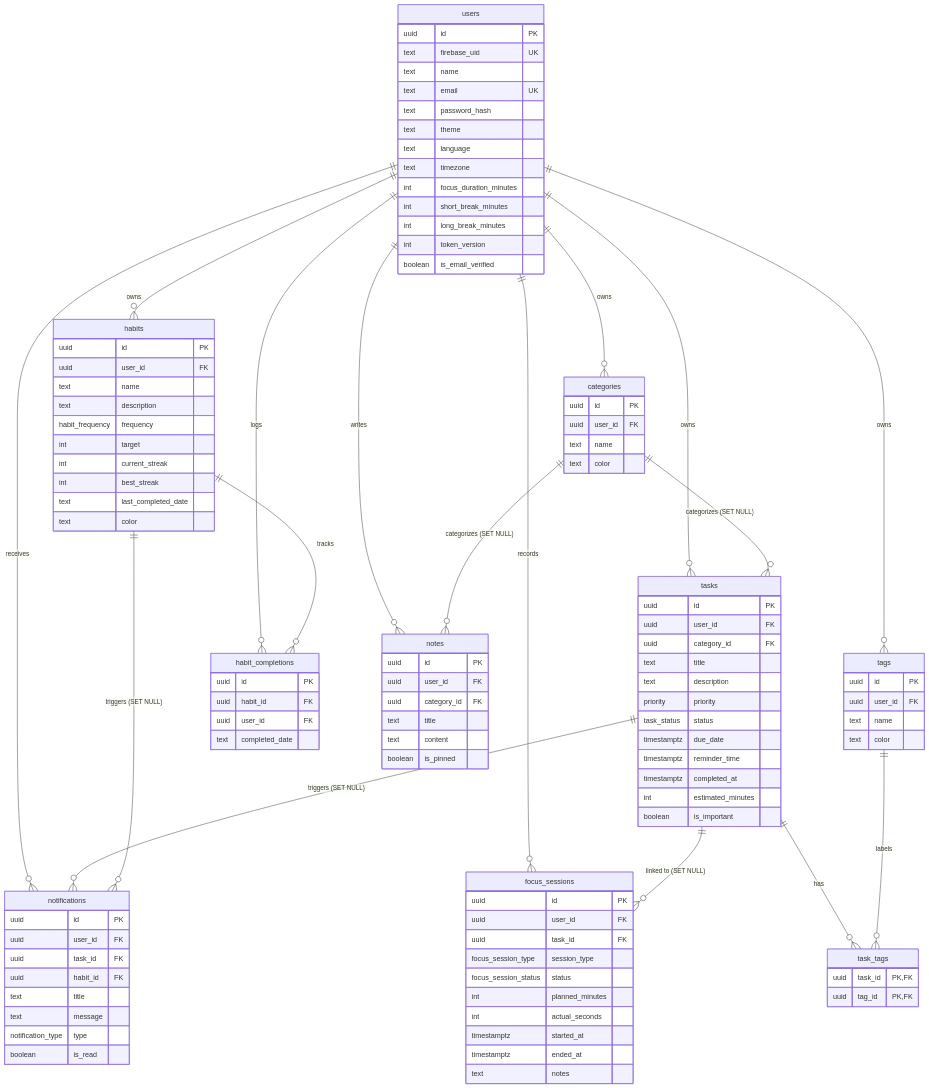
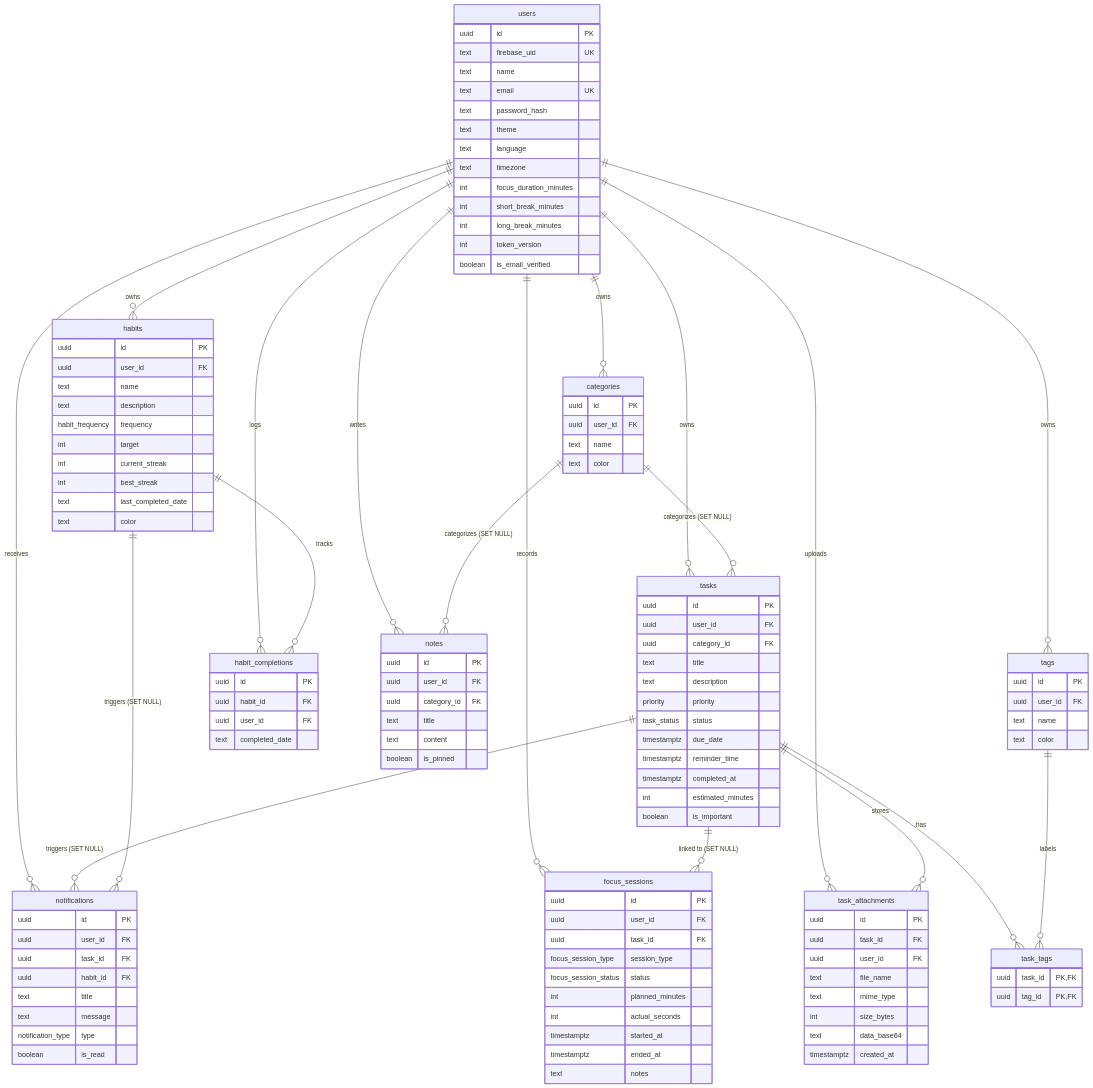
The diagram in docs/api-and-data.md (Yashcodes124/FocusFlow), drawn with Mermaid before and after one commit. The commit also changed other lines of this file and 21 other files, not shown here.

First line of the commit message:
feat: add task attachments and global shortcuts

```diff
--- a/docs/api-and-data.md
+++ b/docs/api-and-data.md
@@ -11,6 +11,7 @@
   users ||--o{ categories : owns
   users ||--o{ tags : owns
   users ||--o{ tasks : owns
+  users ||--o{ task_attachments : uploads
   users ||--o{ habits : owns
   users ||--o{ habit_completions : logs
   users ||--o{ focus_sessions : records
@@ -20,6 +21,7 @@
   categories ||--o{ tasks : "categorizes (SET NULL)"
   categories ||--o{ notes : "categorizes (SET NULL)"
   tasks ||--o{ task_tags : has
+  tasks ||--o{ task_attachments : stores
   tags ||--o{ task_tags : labels
   tasks ||--o{ focus_sessions : "linked to (SET NULL)"
   tasks ||--o{ notifications : "triggers (SET NULL)"
@@ -76,6 +78,17 @@
     uuid tag_id PK,FK
   }
 
+  task_attachments {
+    uuid id PK
+    uuid task_id FK
+    uuid user_id FK
+    text file_name
+    text mime_type
+    int size_bytes
+    text data_base64
+    timestamptz created_at
+  }
+
   habits {
     uuid id PK
     uuid user_id FK
```
